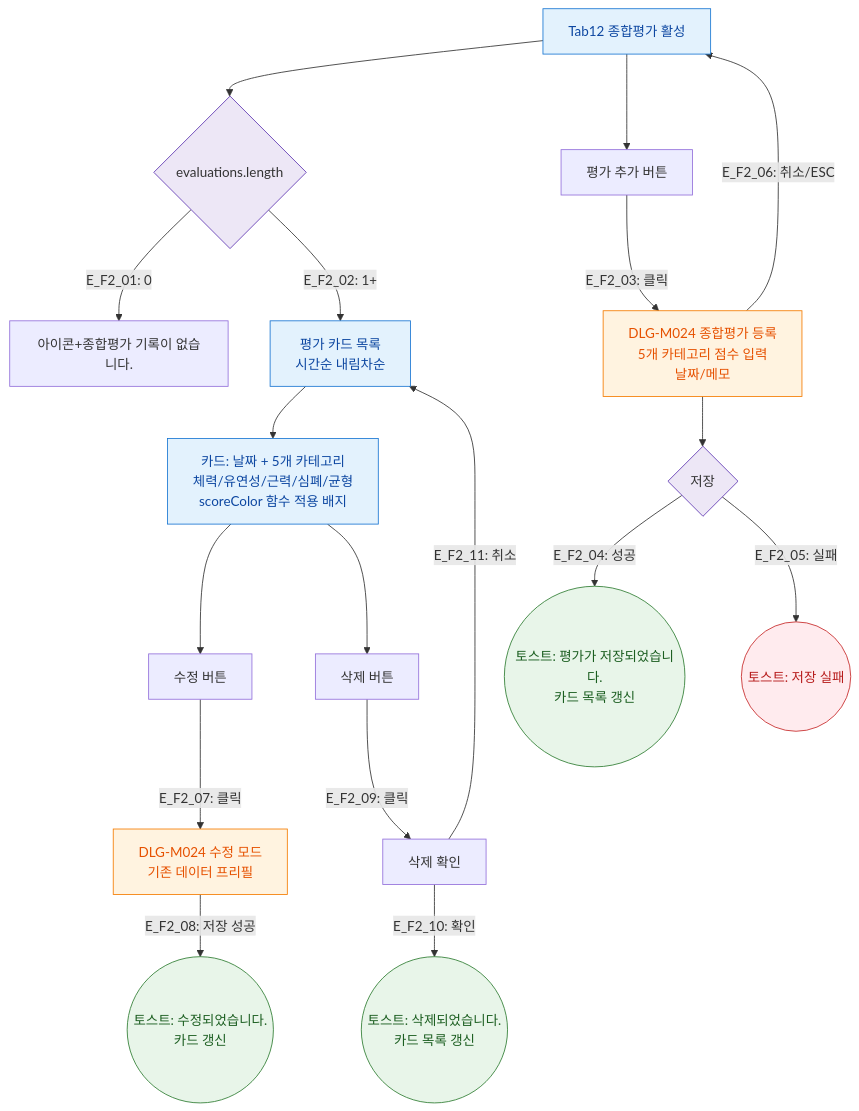
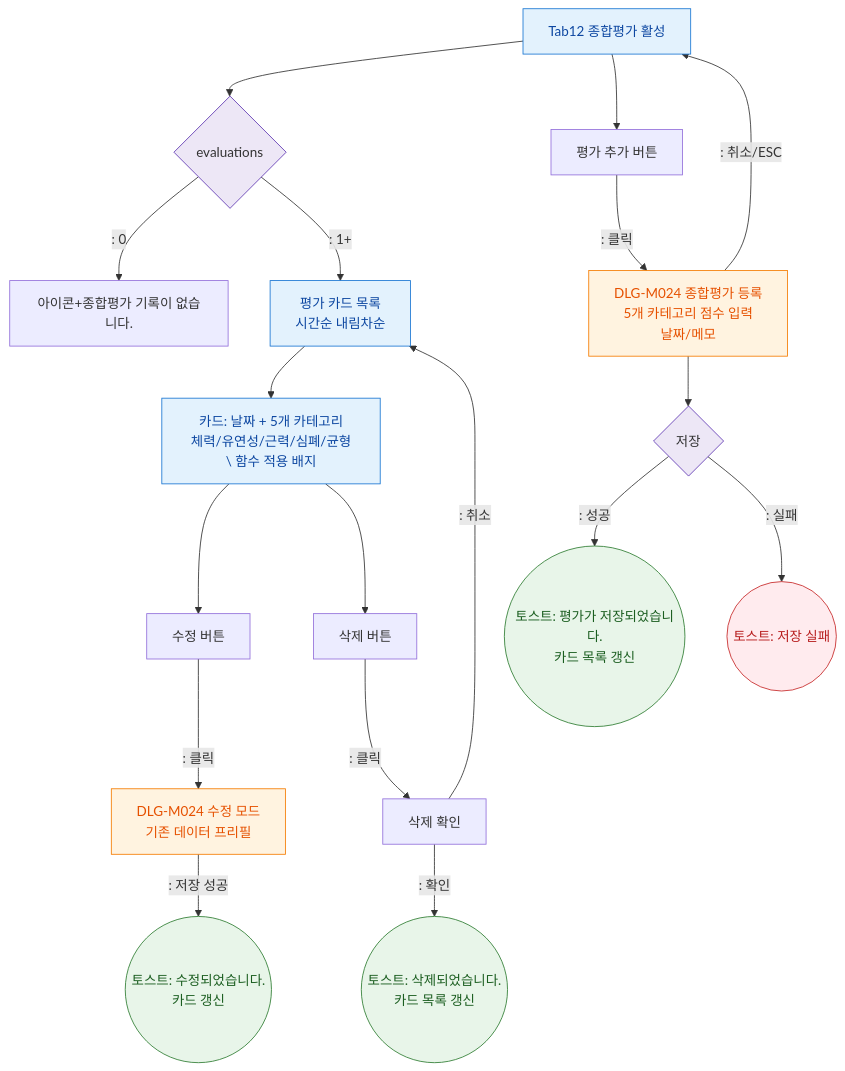
Before and after one commit to dev-spogym/admin-pando: the diagram in docs/다이어그램/D02_회원관리/SCR-M004_회원상세/Tab12_종합평가/F2_메인.md, drawn with Mermaid. The commit also changed other lines of this file and 1660 other files, not shown here.

First line of the commit message:
다이어그램: 기획자/클라이언트 납품본으로 정리

````diff
--- a/docs/다이어그램/D02_회원관리/SCR-M004_회원상세/Tab12_종합평가/F2_메인.md
+++ b/docs/다이어그램/D02_회원관리/SCR-M004_회원상세/Tab12_종합평가/F2_메인.md
@@ -23,37 +21,37 @@
 ```mermaid
 flowchart TD
-  TAB[Tab12 종합평가 활성] --> LIST{evaluations.length}
+  TAB[Tab12 종합평가 활성] --> LIST{evaluations}
 
-  LIST -->|"E_F2_01: 0"| EMPTY[아이콘+종합평가 기록이 없습니다.]
-  LIST -->|"E_F2_02: 1+"| CARDS[평가 카드 목록\n시간순 내림차순]
+  LIST -->|": 0"|EMPTY[아이콘+종합평가 기록이 없습니다.]
+  LIST -->|": 1+"|CARDS[평가 카드 목록\n시간순 내림차순]
 
-  CARDS --> CARD[카드: 날짜 + 5개 카테고리\n체력/유연성/근력/심폐/균형\nscoreColor 함수 적용 배지]
+  CARDS --> CARD[카드: 날짜 + 5개 카테고리\n체력/유연성/근력/심폐/균형\ 함수 적용 배지]
 
   TAB --> ADD_BTN[평가 추가 버튼]
-  ADD_BTN -->|"E_F2_03: 클릭"| DLG_M024[DLG-M024 종합평가 등록\n5개 카테고리 점수 입력\n날짜/메모]
+  ADD_BTN -->|": 클릭"|DLG_M024[DLG-M024 종합평가 등록\n5개 카테고리 점수 입력\n날짜/메모]
 
   DLG_M024 --> SAVE_BTN{저장}
-  SAVE_BTN -->|"E_F2_04: 성공"| INSERT_OK((토스트: 평가가 저장되었습니다.\n카드 목록 갱신))
-  SAVE_BTN -->|"E_F2_05: 실패"| INSERT_ERR((토스트: 저장 실패))
-  DLG_M024 -->|"E_F2_06: 취소/ESC"| TAB
+  SAVE_BTN -->|": 성공"|INSERT_OK((토스트: 평가가 저장되었습니다.\n카드 목록 갱신))
+  SAVE_BTN -->|": 실패"|INSERT_ERR((토스트: 저장 실패))
+  DLG_M024 -->|": 취소/ESC"|TAB
 
   CARD --> EDIT_BTN[수정 버튼]
-  EDIT_BTN -->|"E_F2_07: 클릭"| EDIT_DLG[DLG-M024 수정 모드\n기존 데이터 프리필]
-  EDIT_DLG -->|"E_F2_08: 저장 성공"| UPDATE_OK((토스트: 수정되었습니다.\n카드 갱신))
+  EDIT_BTN -->|": 클릭"|EDIT_DLG[DLG-M024 수정 모드\n기존 데이터 프리필]
+  EDIT_DLG -->|": 저장 성공"|UPDATE_OK((토스트: 수정되었습니다.\n카드 갱신))
 
   CARD --> DEL_BTN[삭제 버튼]
-  DEL_BTN -->|"E_F2_09: 클릭"| DEL_CONFIRM[삭제 확인]
-  DEL_CONFIRM -->|"E_F2_10: 확인"| DEL_OK((토스트: 삭제되었습니다.\n카드 목록 갱신))
-  DEL_CONFIRM -->|"E_F2_11: 취소"| CARDS
+  DEL_BTN -->|": 클릭"|DEL_CONFIRM[삭제 확인]
+  DEL_CONFIRM -->|": 확인"|DEL_OK((토스트: 삭제되었습니다.\n카드 목록 갱신))
+  DEL_CONFIRM -->|": 취소"|CARDS
 
   classDef screen fill:#E3F2FD,stroke:#1976D2,color:#0D47A1
   classDef modal fill:#FFF3E0,stroke:#F57C00,color:#E65100
   classDef success fill:#E8F5E9,stroke:#2E7D32,color:#1B5E20
   classDef error fill:#FFEBEE,stroke:#C62828,color:#B71C1C
   classDef system fill:#EDE7F6,stroke:#5E35B2
   class TAB,CARDS,CARD screen
   class DLG_M024,EDIT_DLG modal
   class INSERT_OK,UPDATE_OK,DEL_OK success
   class INSERT_ERR error
   class LIST,SAVE_BTN system
 ```
````
